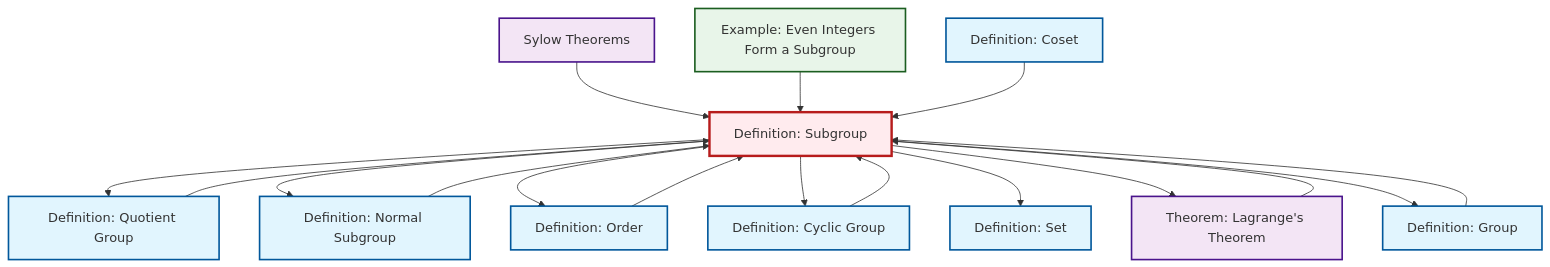
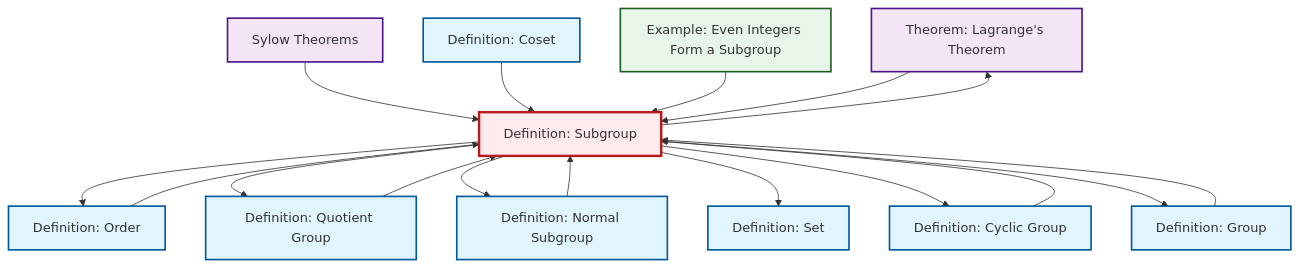
One commit to RK0429/ModernMath changed the diagram in content/ja/algebra/def-subgroup.qmd. Above: the diagram before and after it, drawn with Mermaid. The commit also changed other lines of this file and 597 other files, not shown here.

````diff
--- a/content/ja/algebra/def-subgroup.qmd
+++ b/content/ja/algebra/def-subgroup.qmd
@@ -53,47 +53,47 @@
 ```{mermaid}
 %%| fig-cap: "Local dependency graph"
 graph TD
     classDef definition fill:#e1f5fe,stroke:#01579b,stroke-width:2px
     classDef theorem fill:#f3e5f5,stroke:#4a148c,stroke-width:2px
     classDef axiom fill:#fff3e0,stroke:#e65100,stroke-width:2px
     classDef example fill:#e8f5e9,stroke:#1b5e20,stroke-width:2px
     classDef current fill:#ffebee,stroke:#b71c1c,stroke-width:3px
+    thm-lagrange["Theorem: Lagrange's Theorem"]:::theorem
+    def-order["Definition: Order"]:::definition
+    def-cyclic-group["Definition: Cyclic Group"]:::definition
+    ex-even-integers-subgroup["Example: Even Integers Form a Subgroup"]:::example
+    thm-sylow["Sylow Theorems"]:::theorem
+    def-set["Definition: Set"]:::definition
+    def-coset["Definition: Coset"]:::definition
+    def-normal-subgroup["Definition: Normal Subgroup"]:::definition
+    def-quotient-group["Definition: Quotient Group"]:::definition
     def-subgroup["Definition: Subgroup"]:::definition
-    thm-sylow["Sylow Theorems"]:::theorem
-    def-order["Definition: Order"]:::definition
-    def-quotient-group["Definition: Quotient Group"]:::definition
-    thm-lagrange["Theorem: Lagrange's Theorem"]:::theorem
-    def-coset["Definition: Coset"]:::definition
-    def-cyclic-group["Definition: Cyclic Group"]:::definition
     def-group["Definition: Group"]:::definition
-    def-set["Definition: Set"]:::definition
-    ex-even-integers-subgroup["Example: Even Integers Form a Subgroup"]:::example
-    def-normal-subgroup["Definition: Normal Subgroup"]:::definition
+    thm-sylow --> def-subgroup
+    def-subgroup --> def-order
+    def-quotient-group --> def-subgroup
+    def-subgroup --> def-quotient-group
+    def-group --> def-subgroup
+    def-subgroup --> def-normal-subgroup
+    def-coset --> def-subgroup
+    def-subgroup --> def-set
+    def-subgroup --> def-cyclic-group
+    ex-even-integers-subgroup --> def-subgroup
     def-order --> def-subgroup
-    thm-sylow --> def-subgroup
+    thm-lagrange --> def-subgroup
     def-cyclic-group --> def-subgroup
-    def-subgroup --> def-quotient-group
-    def-subgroup --> def-normal-subgroup
-    def-quotient-group --> def-subgroup
-    def-subgroup --> def-order
-    ex-even-integers-subgroup --> def-subgroup
-    def-group --> def-subgroup
-    def-subgroup --> def-cyclic-group
-    def-coset --> def-subgroup
     def-normal-subgroup --> def-subgroup
-    def-subgroup --> def-set
+    def-subgroup --> def-group
     def-subgroup --> thm-lagrange
-    def-subgroup --> def-group
-    thm-lagrange --> def-subgroup
     class def-subgroup current
+    click thm-lagrange "thm-lagrange.html" "Theorem: Lagrange's Theoremへ"
+    click def-order "def-order.html" "Definition: Orderへ"
+    click def-cyclic-group "def-cyclic-group.html" "Definition: Cyclic Groupへ"
+    click ex-even-integers-subgroup "ex-even-integers-subgroup.html" "Example: Even Integers Form a Subgroupへ"
     click thm-sylow "thm-sylow.html" "Sylow Theoremsへ"
-    click def-order "def-order.html" "Definition: Orderへ"
+    click def-set "def-set.html" "Definition: Setへ"
+    click def-coset "def-coset.html" "Definition: Cosetへ"
+    click def-normal-subgroup "def-normal-subgroup.html" "Definition: Normal Subgroupへ"
     click def-quotient-group "def-quotient-group.html" "Definition: Quotient Groupへ"
-    click thm-lagrange "thm-lagrange.html" "Theorem: Lagrange's Theoremへ"
-    click def-coset "def-coset.html" "Definition: Cosetへ"
-    click def-cyclic-group "def-cyclic-group.html" "Definition: Cyclic Groupへ"
     click def-group "def-group.html" "Definition: Groupへ"
-    click def-set "def-set.html" "Definition: Setへ"
-    click ex-even-integers-subgroup "ex-even-integers-subgroup.html" "Example: Even Integers Form a Subgroupへ"
-    click def-normal-subgroup "def-normal-subgroup.html" "Definition: Normal Subgroupへ"
 ```
````
